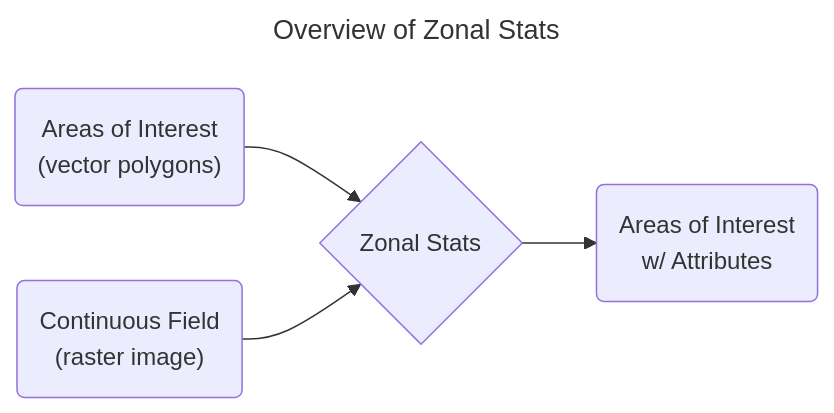
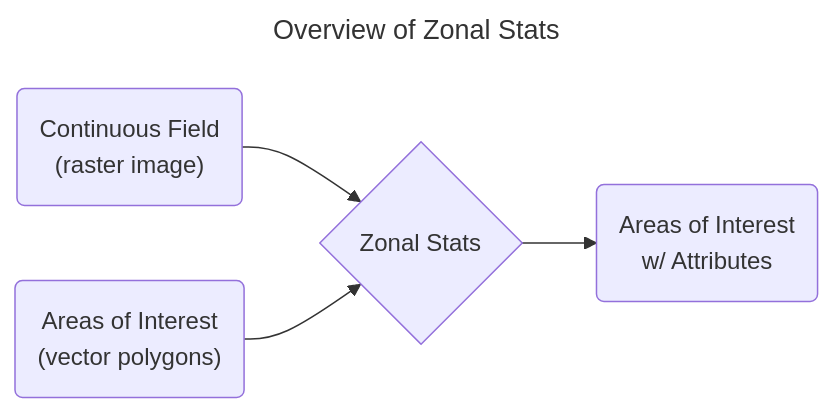
The diagram in docs/user-guide/examples/zonal-stats.mdx (fusedio/fused-docs), drawn with Mermaid before and after one commit.

Commit message:
Swap raster & vector inputs for zonal stats

````diff
--- a/docs/user-guide/examples/zonal-stats.mdx
+++ b/docs/user-guide/examples/zonal-stats.mdx
@@ -28,9 +28,9 @@
 ```mermaid
 ---
 title: Overview of Zonal Stats
 ---
 graph LR
-    A("Areas of Interest<br/>(vector polygons)") --> D{Zonal Stats}
-    B("Continuous Field<br/>(raster image)") --> D
+    A("Continuous Field<br/>(raster image)") --> D{Zonal Stats}
+    B("Areas of Interest<br/>(vector polygons)") --> D
     D --> E(Areas of Interest<br/>w/ Attributes)
 ```
````
